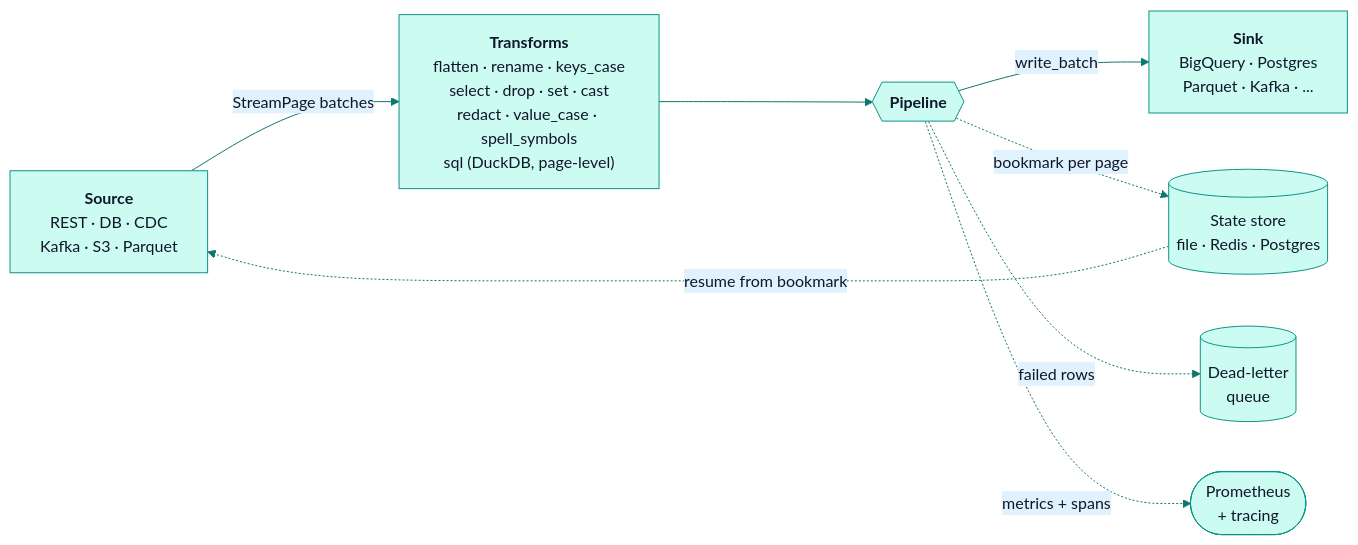
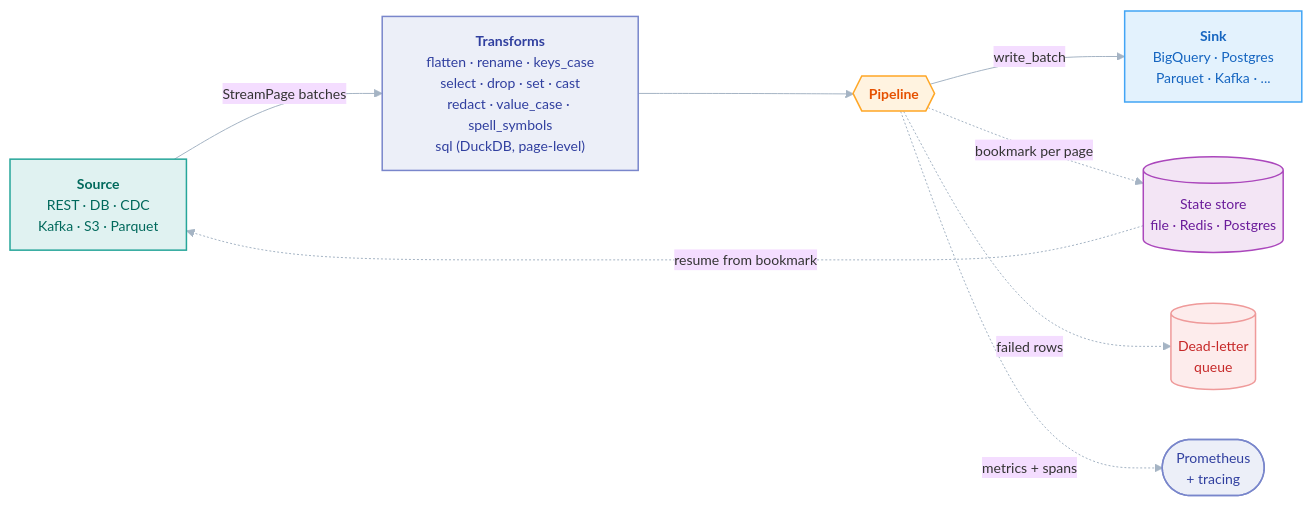
The diagram in README.md (PawanSikawat/faucet-stream), drawn with Mermaid before and after one commit. The commit also changed 28 other files, not shown here.

First line of the commit message:
docs: upgrade Mermaid diagrams to V2 role-coded style

````diff
--- a/README.md
+++ b/README.md
@@ -431,17 +431,29 @@
 ```mermaid
-%%{init: {'theme':'base','themeVariables':{'primaryColor':'#ccfbf1','primaryTextColor':'#0f172a','primaryBorderColor':'#0d9488','lineColor':'#0f766e','secondaryColor':'#e0f2fe','tertiaryColor':'#f0fdfa','fontFamily':'-apple-system,BlinkMacSystemFont,Segoe UI,sans-serif'}}}%%
+%%{init: {'theme':'base','flowchart':{'curve':'basis','nodeSpacing':50,'rankSpacing':72,'padding':14},'themeVariables':{'fontFamily':'-apple-system,BlinkMacSystemFont,Segoe UI,sans-serif','fontSize':'14px','lineColor':'#a5b4c4','clusterBkg':'#f8fafc','clusterBorder':'#e2e8f0'}}}%%
 flowchart LR
     S["<b>Source</b><br/>REST · DB · CDC<br/>Kafka · S3 · Parquet"]
     T["<b>Transforms</b><br/>flatten · rename · keys_case<br/>select · drop · set · cast<br/>redact · value_case · spell_symbols<br/>sql (DuckDB, page-level)"]
     P{{"<b>Pipeline</b>"}}
     K["<b>Sink</b><br/>BigQuery · Postgres<br/>Parquet · Kafka · ..."]
     ST[("State store<br/>file · Redis · Postgres")]
     D[("Dead-letter<br/>queue")]
     O(["Prometheus<br/>+ tracing"])
 
     S -->|StreamPage batches| T --> P -->|write_batch| K
     P -.->|bookmark per page| ST
     ST -.->|resume from bookmark| S
     P -.->|failed rows| D
     P -.->|metrics + spans| O
+    classDef src fill:#e0f2f1,stroke:#26a69a,stroke-width:1.5px,color:#00695c
+    classDef proc fill:#eceff8,stroke:#7986cb,stroke-width:1.5px,color:#303f9f
+    classDef dec fill:#fff3e0,stroke:#ffa726,stroke-width:1.5px,color:#e65100
+    classDef bad fill:#fdecec,stroke:#ef9a9a,stroke-width:1.5px,color:#c62828
+    classDef store fill:#f3e5f5,stroke:#ab47bc,stroke-width:1.5px,color:#6a1b9a
+    classDef sink fill:#e3f2fd,stroke:#42a5f5,stroke-width:1.5px,color:#1565c0
+    class S src
+    class T,O proc
+    class P dec
+    class D bad
+    class ST store
+    class K sink
 ```
````
